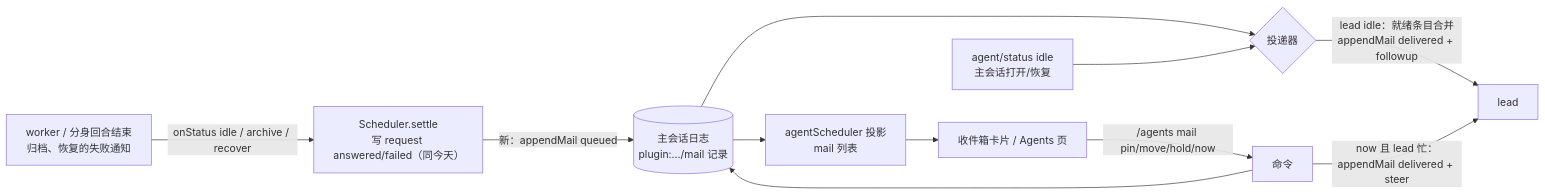
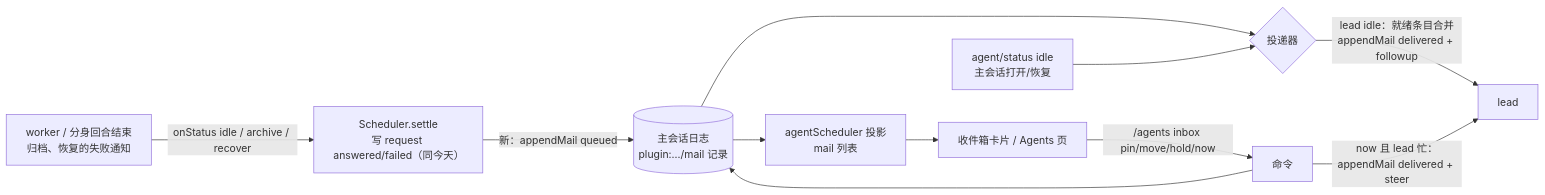
Before and after one commit to Rinai-R/dsh-agent-scheduler: the diagram in docs/lead-inbox.md, drawn with Mermaid. The commit also changed other lines of this file and 28 other files, not shown here.

First line of the commit message:
feat: lead inbox — answers wait in the Agents page, not in the user's queue

````diff
--- a/docs/lead-inbox.md
+++ b/docs/lead-inbox.md
@@ -181,12 +181,12 @@
 ```mermaid
 flowchart LR
   W[worker / 分身回合结束<br/>归档、恢复的失败通知] -->|onStatus idle / archive / recover| S[Scheduler.settle<br/>写 request answered/failed（同今天）]
   S -->|新：appendMail queued| L[(主会话日志<br/>plugin:…/mail 记录)]
   L --> P[agentScheduler 投影<br/>mail 列表]
   P --> UI[收件箱卡片 / Agents 页]
-  UI -->|/agents mail pin/move/hold/now| C[命令] --> L
+  UI -->|/agents inbox pin/move/hold/now| C[命令] --> L
   L --> D{投递器}
   E[agent/status idle<br/>主会话打开/恢复] --> D
   D -->|lead idle：就绪条目合并<br/>appendMail delivered + followup| Lead[lead]
   C -->|now 且 lead 忙：appendMail delivered + steer| Lead
 ```
````
